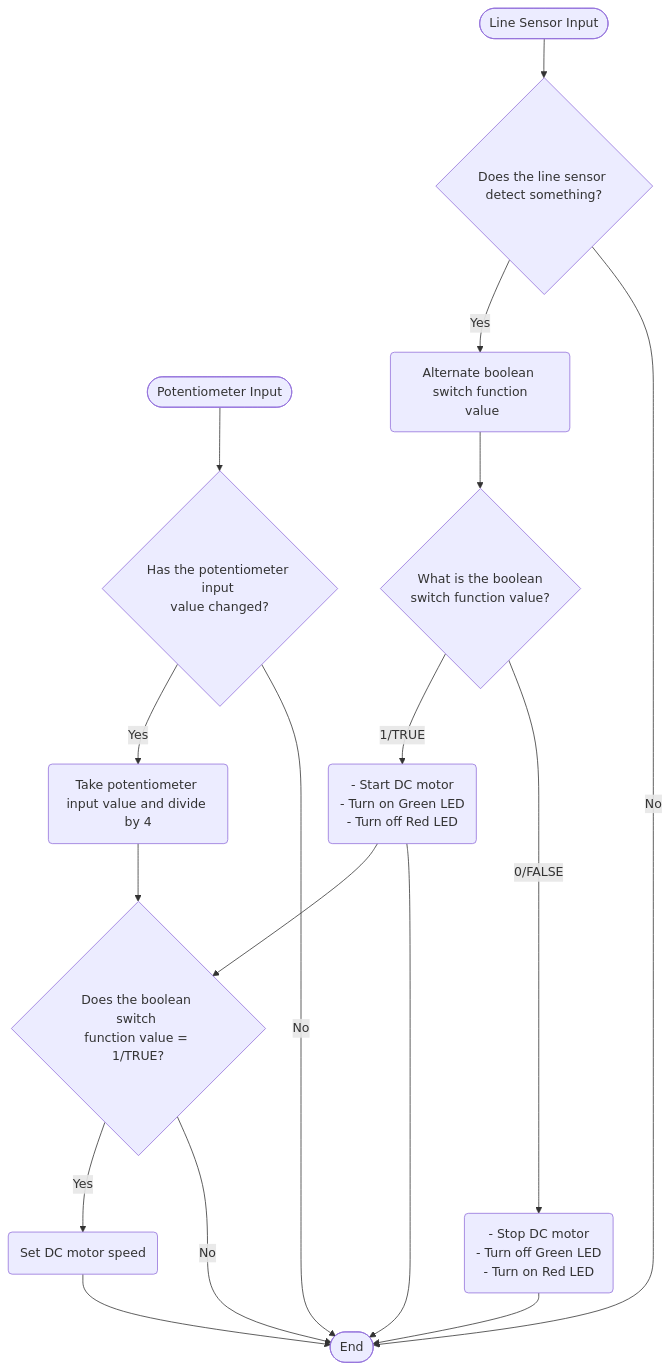
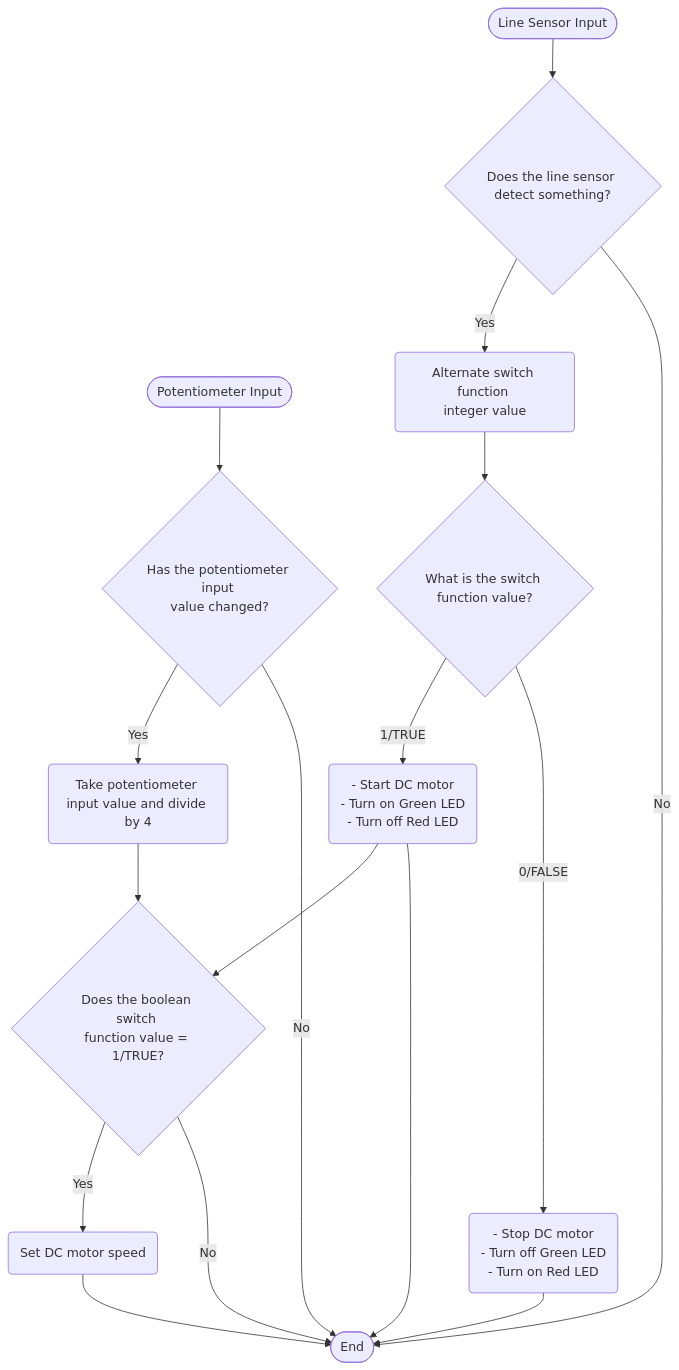
Before and after one commit to AjaySayer/Smart-Device-2023-Semester-1: the first of 3 diagrams in logic.md, drawn with Mermaid. The commit also changed other lines of this file and 2 other files, not shown here.

````diff
--- a/logic.md
+++ b/logic.md
@@ -3,38 +3,38 @@
 ```mermaid
  flowchart TD
     potInput([Potentiometer Input])
     lineSensorInput([Line Sensor Input])
 
     lineSensorInput-->lineSensorDecision
     lineSensorDecision{Does the line sensor detect something?}
     -->|Yes|switchFunction
     lineSensorDecision-->|No|complete
-    switchFunction(Alternate boolean switch function<br> value)
+    switchFunction(Alternate switch function <br>integer value)
     switchFunction-->switchDecision
 
-    switchDecision{What is the boolean <br>switch function value?}
+    switchDecision{What is the switch function value?}
     -->|1/TRUE|engineStart
     engineStart("- Start DC motor<br>- Turn on Green LED<br>- Turn off Red LED")
     -->engineSpeedDecision
 
     switchDecision-->|0/FALSE|engineStop
     engineStop("- Stop DC motor<br>- Turn off Green LED<br>- Turn on Red LED")
 
     engineStart-->complete
     engineStop-->complete
 
     potInput-->potDecision
     potDecision{Has the potentiometer input <br>value changed?}
     -->|Yes|setSpeed
     potDecision-->|No|complete
 
     setSpeed(Take potentiometer input value and divide by 4)
     -->engineSpeedDecision
     engineSpeedDecision{Does the boolean switch <br>function value = 1/TRUE?}
     -->|Yes|engineSpeed
     engineSpeedDecision-->|No|complete
     engineSpeed(Set DC motor speed)
     -->complete
 
     complete([End])
 ```
````
